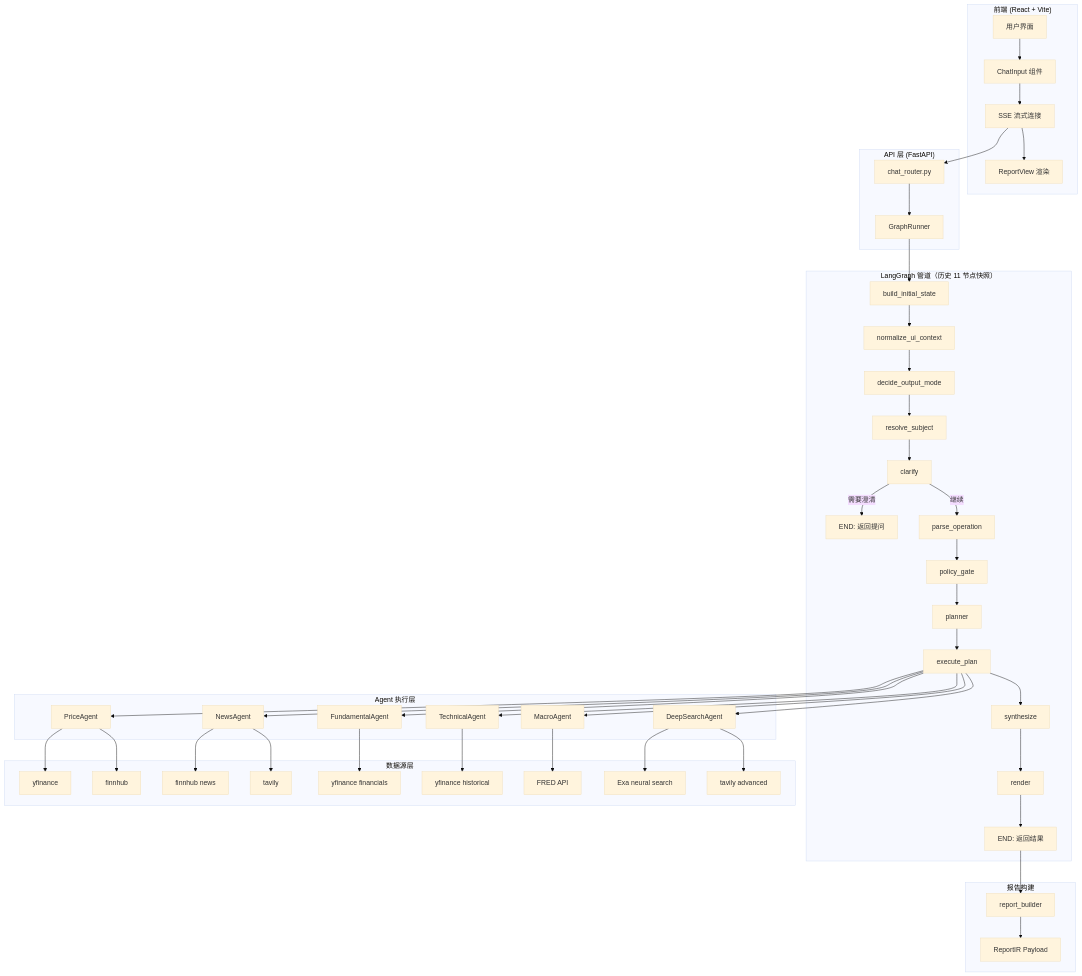
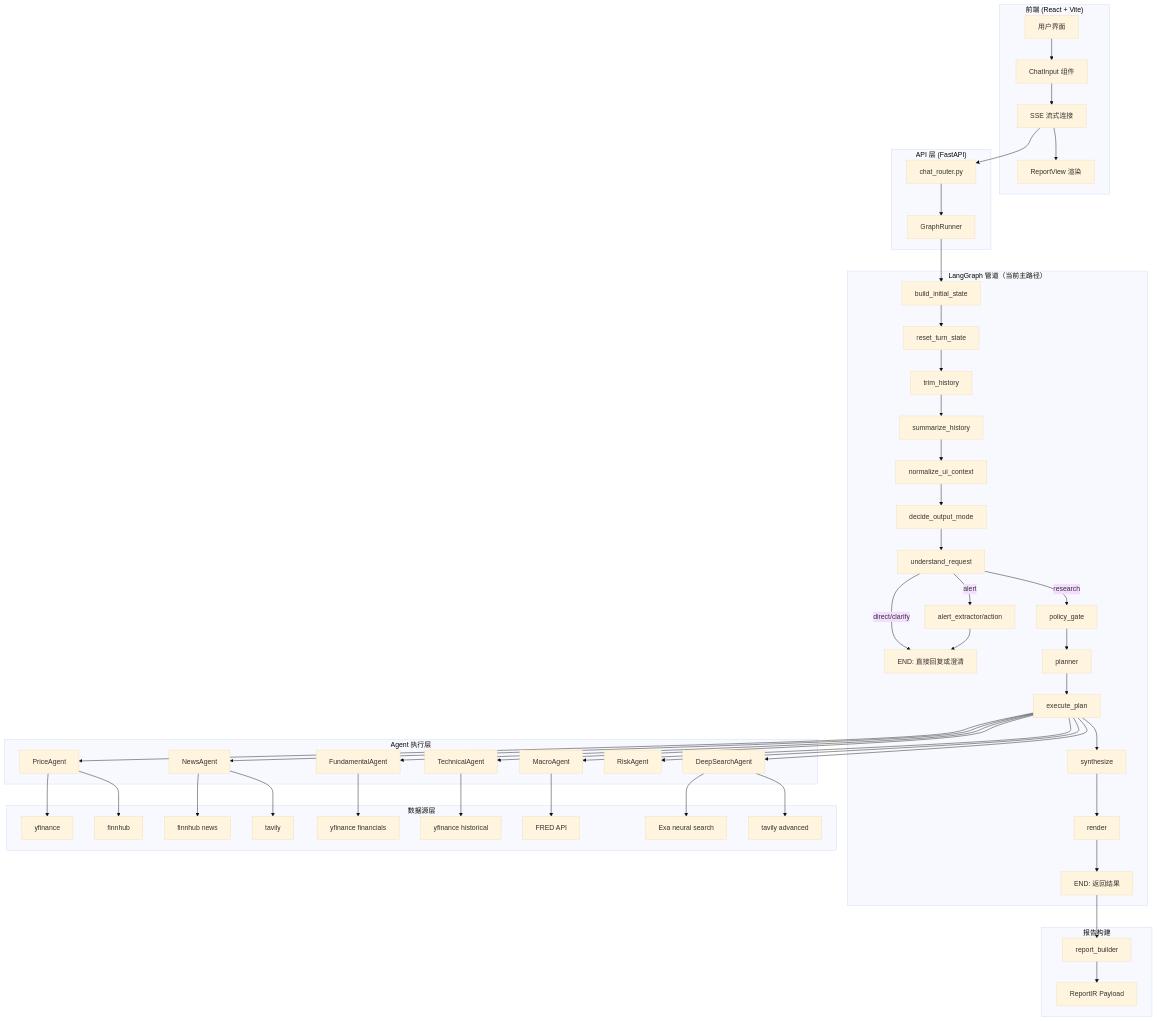
Before and after one commit to kkkano/FinSight: the first of 23 diagrams in docs/LANGGRAPH_PIPELINE_DEEP_DIVE.md, drawn with Mermaid (base theme). The commit also changed other lines of this file and 14 other files, not shown here.

````diff
--- a/docs/LANGGRAPH_PIPELINE_DEEP_DIVE.md
+++ b/docs/LANGGRAPH_PIPELINE_DEEP_DIVE.md
@@ -28,55 +28,59 @@
 ```mermaid
 graph TB
     subgraph "前端 (React + Vite)"
         UI[用户界面] --> ChatInput[ChatInput 组件]
         ChatInput --> SSE[SSE 流式连接]
         SSE --> ReportView[ReportView 渲染]
     end
 
     subgraph "API 层 (FastAPI)"
         SSE --> ChatRouter[chat_router.py]
         ChatRouter --> GraphRunner[GraphRunner]
     end
 
-    subgraph "LangGraph 管道（历史 11 节点快照）"
+    subgraph "LangGraph 管道（当前主路径）"
         GraphRunner --> N1[build_initial_state]
-        N1 --> N2[normalize_ui_context]
-        N2 --> N3[decide_output_mode]
-        N3 --> N4[resolve_subject]
-        N4 --> N5[clarify]
-        N5 -->|需要澄清| END1[END: 返回提问]
-        N5 -->|继续| N6[parse_operation]
-        N6 --> N7[policy_gate]
-        N7 --> N8[planner]
-        N8 --> N9[execute_plan]
-        N9 --> N10[synthesize]
-        N10 --> N11[render]
-        N11 --> END2[END: 返回结果]
+        N1 --> N2[reset_turn_state]
+        N2 --> N3[trim_history]
+        N3 --> N4[summarize_history]
+        N4 --> N5[normalize_ui_context]
+        N5 --> N6[decide_output_mode]
+        N6 --> N7[understand_request]
+        N7 -->|direct/clarify| END1[END: 直接回复或澄清]
+        N7 -->|alert| ALERT[alert_extractor/action]
+        ALERT --> END1
+        N7 -->|research| N8[policy_gate]
+        N8 --> N9[planner]
+        N9 --> N10[execute_plan]
+        N10 --> N11[synthesize]
+        N11 --> N12[render]
+        N12 --> END2[END: 返回结果]
     end
 
     subgraph "Agent 执行层"
-        N9 --> PA[PriceAgent]
-        N9 --> NA[NewsAgent]
-        N9 --> FA[FundamentalAgent]
-        N9 --> TA[TechnicalAgent]
-        N9 --> MA[MacroAgent]
-        N9 --> DA[DeepSearchAgent]
+        N10 --> PA[PriceAgent]
+        N10 --> NA[NewsAgent]
+        N10 --> FA[FundamentalAgent]
+        N10 --> TA[TechnicalAgent]
+        N10 --> MA[MacroAgent]
+        N10 --> RA[RiskAgent]
+        N10 --> DA[DeepSearchAgent]
     end
 
     subgraph "数据源层"
         PA --> YF[yfinance]
         PA --> FH[finnhub]
         NA --> FH2[finnhub news]
         NA --> TV[tavily]
         FA --> YF2[yfinance financials]
         TA --> YF3[yfinance historical]
         MA --> FRED[FRED API]
         DA --> EXA[Exa neural search]
         DA --> TV2[tavily advanced]
     end
 
     subgraph "报告构建"
         END2 --> RB[report_builder]
         RB --> Payload[ReportIR Payload]
     end
 ```
````
